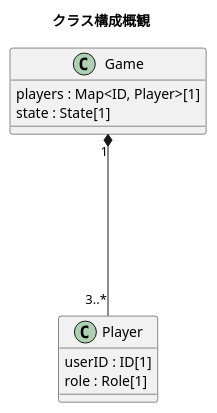
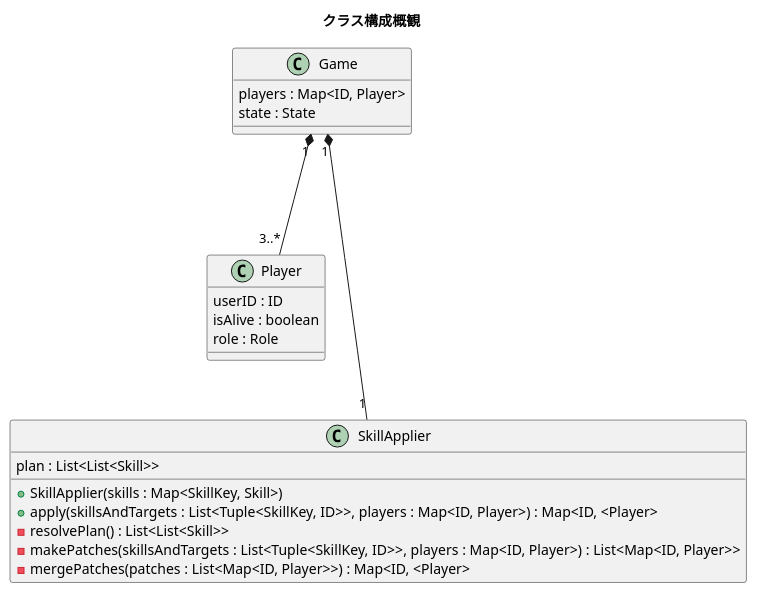
Before and after one commit to kikuko72/Werewolf: the diagram in prototype/docs/uml/model-classes.puml, drawn with PlantUML. The commit also changed 1 other file, not shown here.

Commit message:
能力適用まわりの設計を追加(図のみ)
かなりつらい見た目になっているため引数をクラス化した方がよさそう

```diff
--- a/prototype/docs/uml/model-classes.puml
+++ b/prototype/docs/uml/model-classes.puml
@@ -1,15 +1,25 @@
 @startuml
 title クラス構成概観
 
 class "Game" as Game {
-    players : Map<ID, Player>[1]
-    state : State[1]
+    players : Map<ID, Player>
+    state : State
 }
 class "Player" as Player {
-    userID : ID[1]
-    role : Role[1]
+    userID : ID
+    isAlive : boolean
+    role : Role
+}
+class "SkillApplier" as SkillApplier {
+    plan : List<List<Skill>>
+    + SkillApplier(skills : Map<SkillKey, Skill>)
+    +apply(skillsAndTargets : List<Tuple<SkillKey, ID>>, players : Map<ID, Player>) : Map<ID, <Player>
+    -resolvePlan() : List<List<Skill>>
+    -makePatches(skillsAndTargets : List<Tuple<SkillKey, ID>>, players : Map<ID, Player>) : List<Map<ID, Player>>
+    -mergePatches(patches : List<Map<ID, Player>>) : Map<ID, <Player>
 }
 
-Game "1" *---- "3..*"Player
+Game "1" *--- "3..*" Player
+Game "1" *---- "1" SkillApplier
 
 @enduml
```
